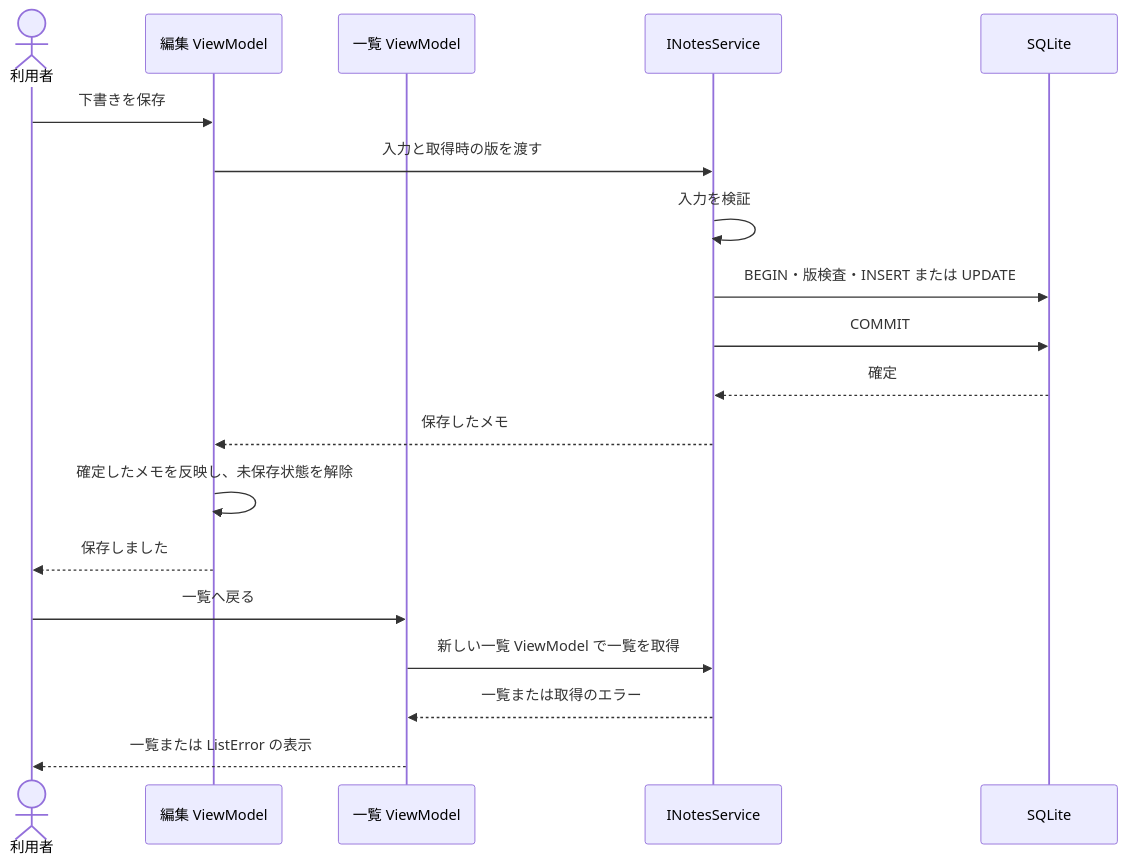
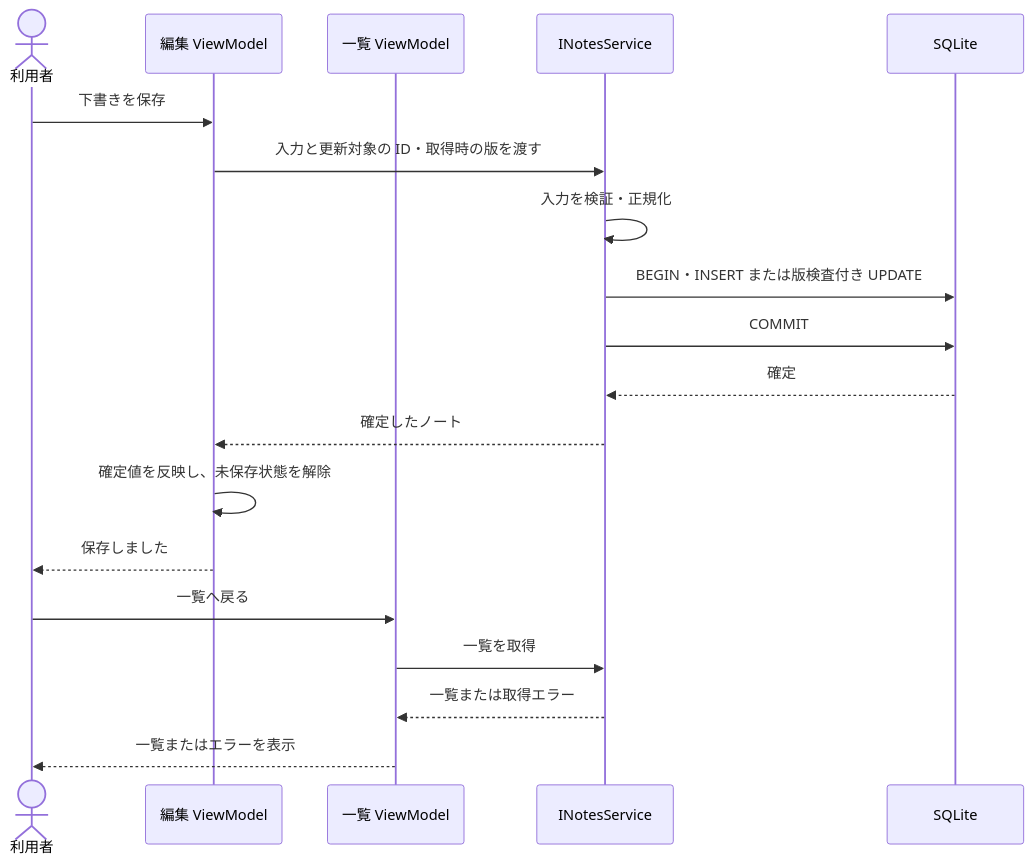
Before and after one commit to nuitsjp/aidd-project-template: the diagram in wpf-template/reference/docs/design/UCP-1.md, drawn with Mermaid. The commit also changed other lines of this file and 135 other files, not shown here.

First line of the commit message:
Refine WPF architecture and unify parallel verification

````diff
--- a/wpf-template/reference/docs/design/UCP-1.md
+++ b/wpf-template/reference/docs/design/UCP-1.md
@@ -16,21 +26,21 @@
 ```mermaid
 sequenceDiagram
   actor U as 利用者
   participant VM as 編集 ViewModel
   participant L as 一覧 ViewModel
   participant S as INotesService
   participant DB as SQLite
   U->>VM: 下書きを保存
-  VM->>S: 入力と取得時の版を渡す
-  S->>S: 入力を検証
-  S->>DB: BEGIN・版検査・INSERT または UPDATE
+  VM->>S: 入力と更新対象の ID・取得時の版を渡す
+  S->>S: 入力を検証・正規化
+  S->>DB: BEGIN・INSERT または版検査付き UPDATE
   S->>DB: COMMIT
   DB-->>S: 確定
-  S-->>VM: 保存したメモ
-  VM->>VM: 確定したメモを反映し、未保存状態を解除
+  S-->>VM: 確定したノート
+  VM->>VM: 確定値を反映し、未保存状態を解除
   VM-->>U: 保存しました
   U->>L: 一覧へ戻る
-  L->>S: 新しい一覧 ViewModel で一覧を取得
-  S-->>L: 一覧または取得のエラー
-  L-->>U: 一覧または ListError の表示
+  L->>S: 一覧を取得
+  S-->>L: 一覧または取得エラー
+  L-->>U: 一覧またはエラーを表示
 ```
````
